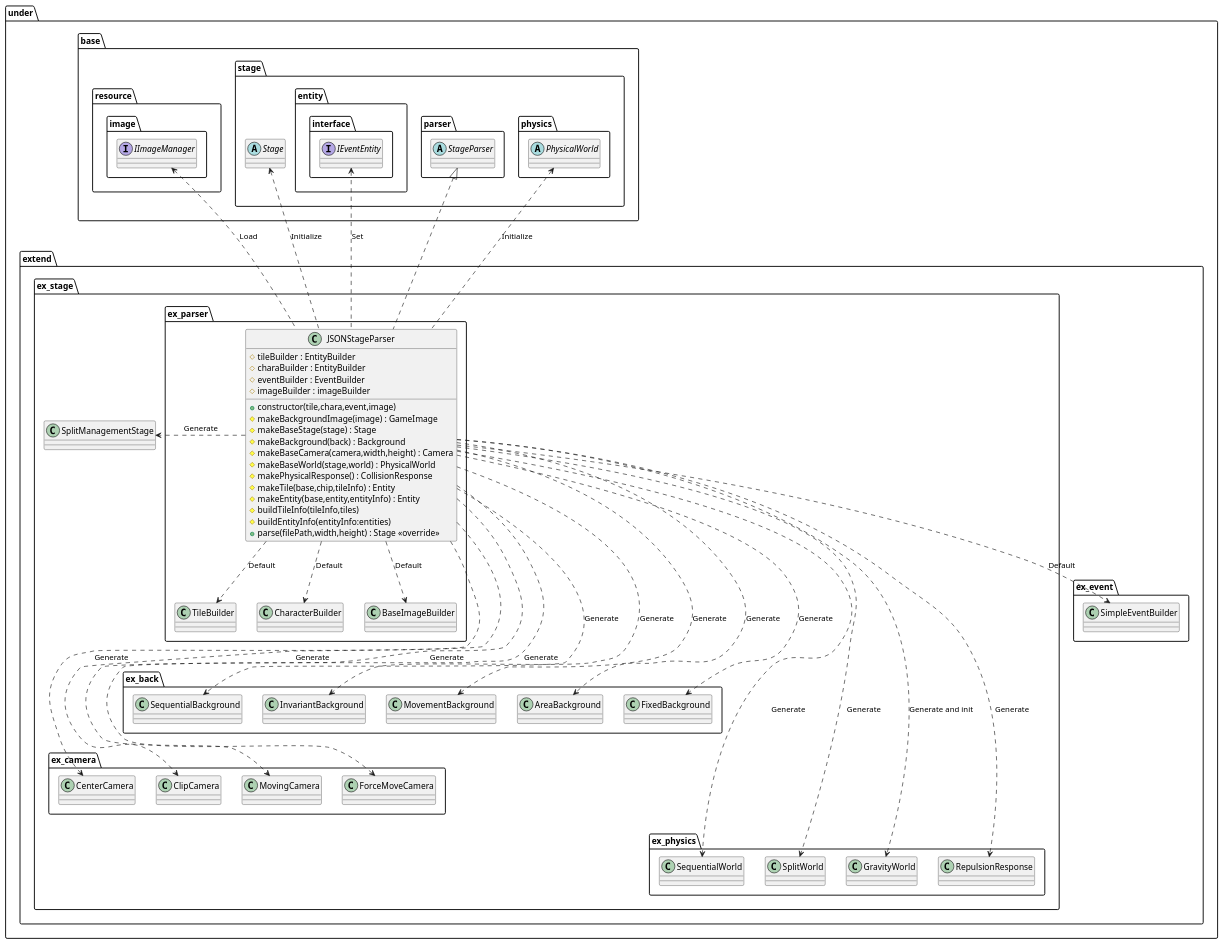
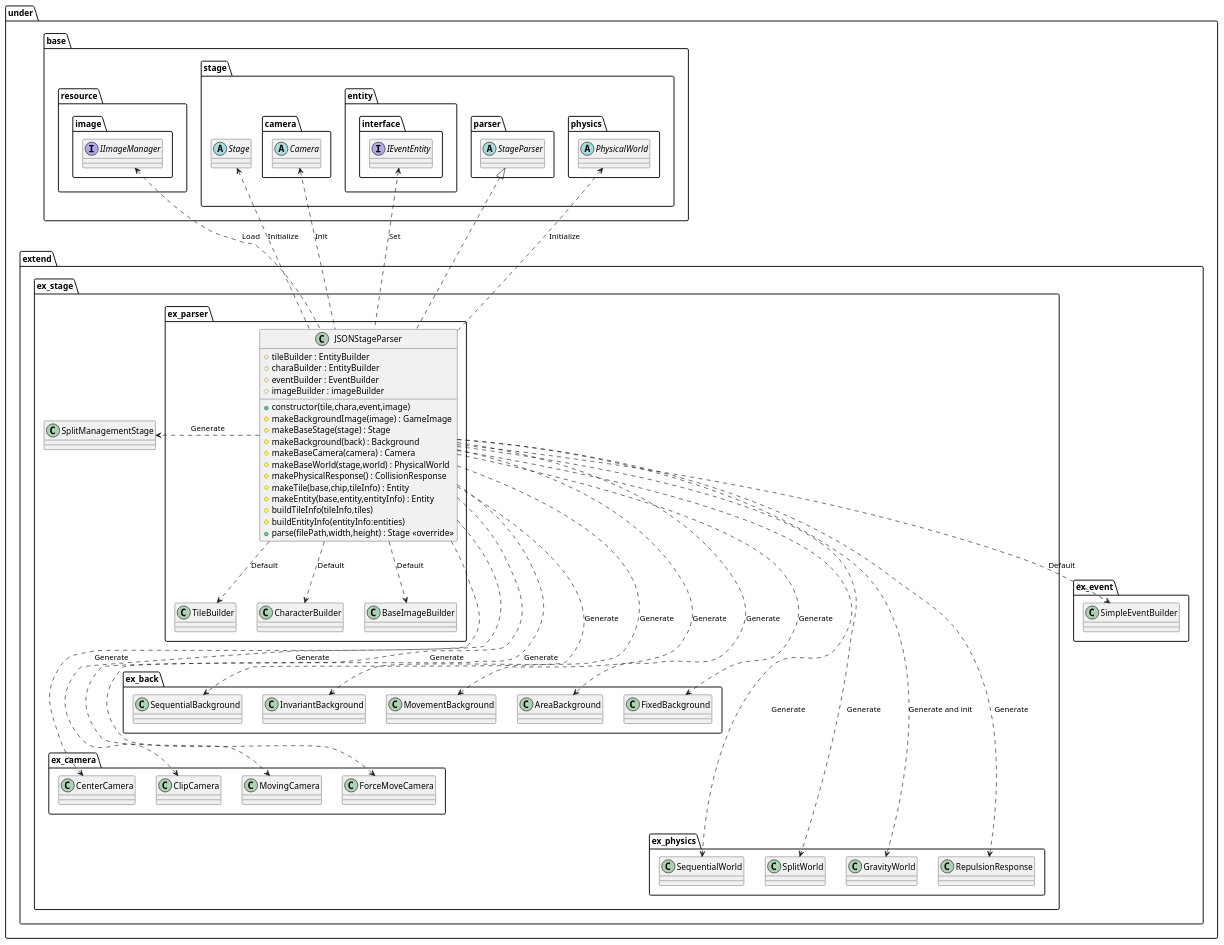
The diagram in uml/parser/JSON.wsd (Expine/Under), drawn with PlantUML before and after one commit. The commit also changed 17 other files, not shown here.

```diff
--- a/uml/parser/JSON.wsd
+++ b/uml/parser/JSON.wsd
@@ -1,113 +1,117 @@
 @startuml ParserJSON
 
 package under {
     package extend {
         package ex_stage {
             package ex_parser {
                 class JSONStageParser {
                     +constructor(tile,chara,event,image)
                     #tileBuilder : EntityBuilder
                     #charaBuilder : EntityBuilder
                     #eventBuilder : EventBuilder
                     #imageBuilder : imageBuilder
                     #makeBackgroundImage(image) : GameImage
                     #makeBaseStage(stage) : Stage
                     #makeBackground(back) : Background
-                    #makeBaseCamera(camera,width,height) : Camera
+                    #makeBaseCamera(camera) : Camera
                     #makeBaseWorld(stage,world) : PhysicalWorld
                     #makePhysicalResponse() : CollisionResponse
                     #makeTile(base,chip,tileInfo) : Entity
                     #makeEntity(base,entity,entityInfo) : Entity
                     #buildTileInfo(tileInfo,tiles)
                     #buildEntityInfo(entityInfo:entities)
                     +parse(filePath,width,height) : Stage <<override>>
                 }
             }
         }
     }
 }
 
 package under {
     package base {
         package resource {
             package image {
                 interface IImageManager
             }
         }
         package stage {
             abstract Stage
+            package camera {
+                abstract Camera
+            }
             package entity {
                 package interface {
                     interface IEventEntity
                 }
             }
             package parser {
                 abstract StageParser
             }
             package physics {
                 abstract PhysicalWorld
             }
         }
     }
     package extend {
         package ex_event {
             class SimpleEventBuilder
         }
         package ex_stage {
             class SplitManagementStage
             package ex_parser {
                 class TileBuilder
                 class CharacterBuilder
                 class BaseImageBuilder
             }
             package ex_camera {
                 class CenterCamera
                 class ClipCamera
                 class MovingCamera
                 class ForceMoveCamera
             }
             package ex_back {
                 class SequentialBackground
                 class InvariantBackground
                 class MovementBackground
                 class AreaBackground
                 class FixedBackground
             }
             package ex_physics {
                 class SequentialWorld
                 class SplitWorld
                 class GravityWorld
                 class RepulsionResponse
             }
         }
 
     }
 }
 
 JSONStageParser .> SplitManagementStage : Generate
 JSONStageParser ...> SequentialBackground : Generate
 JSONStageParser ...> InvariantBackground : Generate
 JSONStageParser ...> MovementBackground : Generate
 JSONStageParser ...> AreaBackground : Generate
 JSONStageParser ...> FixedBackground : Generate
 JSONStageParser ....> CenterCamera : Generate
 JSONStageParser ....> ClipCamera : Generate
 JSONStageParser ....> MovingCamera : Generate
 JSONStageParser ....> ForceMoveCamera : Generate
 JSONStageParser .....> SequentialWorld : Generate
 JSONStageParser .....> SplitWorld : Generate
 JSONStageParser .....> GravityWorld : Generate and init
 JSONStageParser .....> RepulsionResponse : Generate
 IImageManager <..  JSONStageParser: Load
 Stage <..  JSONStageParser: Initialize
 PhysicalWorld <..  JSONStageParser: Initialize
 IEventEntity <.. JSONStageParser : Set
+Camera <.. JSONStageParser : Init
 
 JSONStageParser ..> TileBuilder : Default
 JSONStageParser ..> CharacterBuilder : Default
 JSONStageParser ..> BaseImageBuilder : Default
 JSONStageParser ..> SimpleEventBuilder : Default
 
 StageParser <|.. JSONStageParser
 
 @enduml
```
